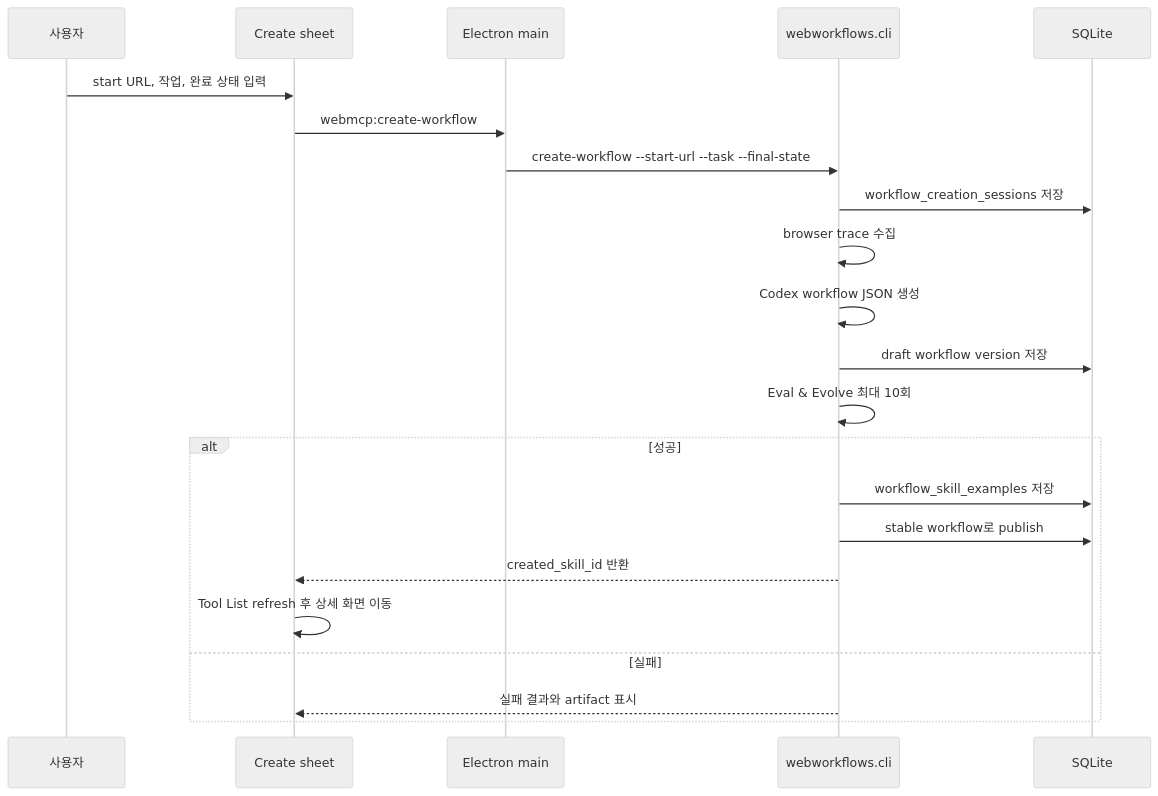
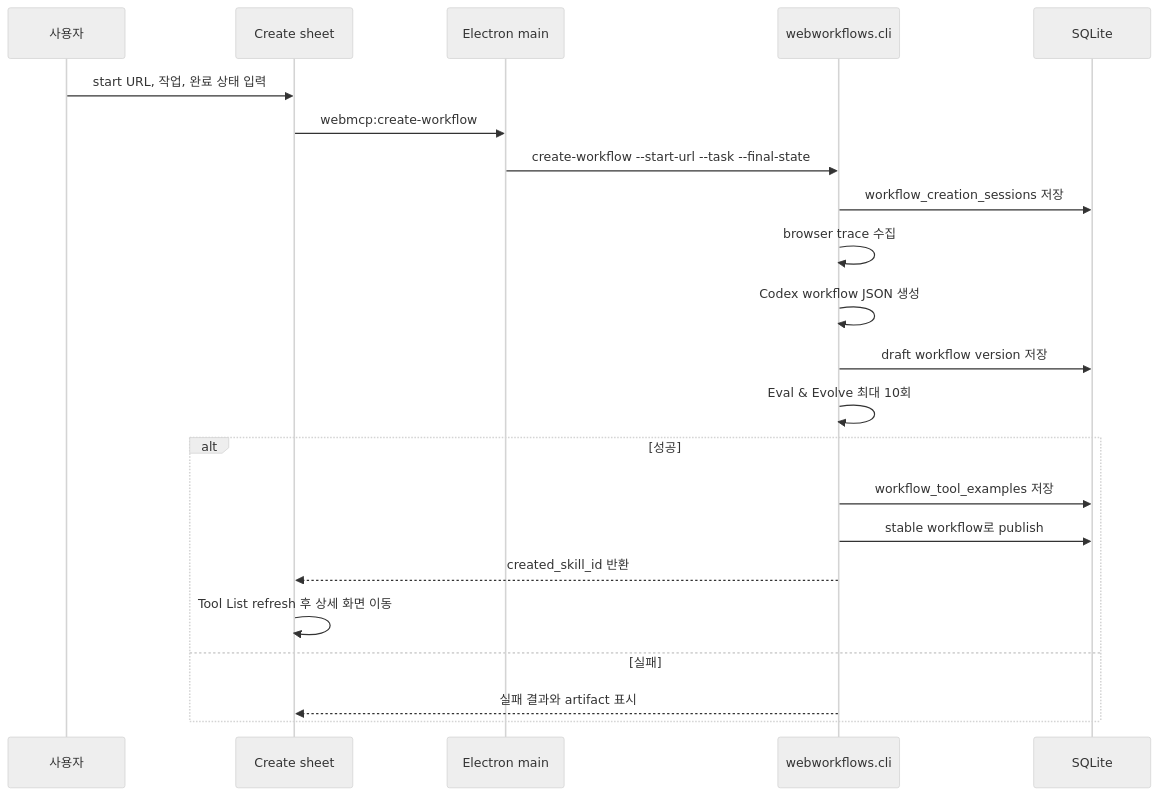
Before and after one commit to minguk-jang/spica_at_home: the fourth of 6 diagrams in webmcp/docs/DESKTOP_APP.md, drawn with Mermaid (neutral theme). The commit also changed other lines of this file and 51 other files, not shown here.

Commit message:
Add workflow tool memory and JS export

````diff
--- a/webmcp/docs/DESKTOP_APP.md
+++ b/webmcp/docs/DESKTOP_APP.md
@@ -99,25 +100,25 @@
 ```mermaid
 sequenceDiagram
   participant User as 사용자
   participant UI as Create sheet
   participant Main as Electron main
   participant CLI as webworkflows.cli
   participant DB as SQLite
 
   User->>UI: start URL, 작업, 완료 상태 입력
   UI->>Main: webmcp:create-workflow
   Main->>CLI: create-workflow --start-url --task --final-state
   CLI->>DB: workflow_creation_sessions 저장
   CLI->>CLI: browser trace 수집
   CLI->>CLI: Codex workflow JSON 생성
   CLI->>DB: draft workflow version 저장
   CLI->>CLI: Eval & Evolve 최대 10회
   alt 성공
-    CLI->>DB: workflow_skill_examples 저장
+    CLI->>DB: workflow_tool_examples 저장
     CLI->>DB: stable workflow로 publish
     CLI-->>UI: created_skill_id 반환
     UI->>UI: Tool List refresh 후 상세 화면 이동
   else 실패
     CLI-->>UI: 실패 결과와 artifact 표시
   end
 ```
````
